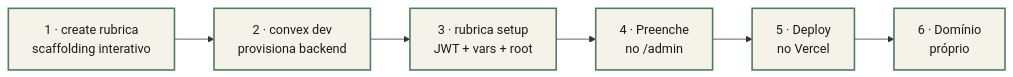
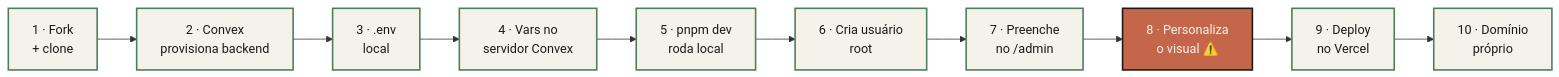
Before and after one commit to MierzwaMatheus/portfolio-new: the second of 3 diagrams in README.md, drawn with Mermaid. The commit also changed other lines of this file and 222 other files, not shown here.

````diff
--- a/README.md
+++ b/README.md
@@ -117,11 +117,17 @@
 ```mermaid
 flowchart LR
-    A["1 · create rubrica<br/>scaffolding interativo"] --> B["2 · convex dev<br/>provisiona backend"]
-    B --> C["3 · rubrica setup<br/>JWT + vars + root"]
-    C --> D["4 · Preenche<br/>no /admin"]
-    D --> E["5 · Deploy<br/>no Vercel"]
-    E --> F["6 · Domínio<br/>próprio"]
+    A["1 · Fork<br/>+ clone"] --> B["2 · Convex<br/>provisiona backend"]
+    B --> C["3 · .env<br/>local"]
+    C --> D["4 · Vars no<br/>servidor Convex"]
+    D --> E["5 · pnpm dev<br/>roda local"]
+    E --> F["6 · Cria usuário<br/>root"]
+    F --> G["7 · Preenche<br/>no /admin"]
+    G --> H["8 · Personaliza<br/>o visual ⚠️"]
+    H --> I["9 · Deploy<br/>no Vercel"]
+    I --> J["10 · Domínio<br/>próprio"]
 
     classDef step fill:#F5F2EA,stroke:#4D7C5F,stroke-width:2px,color:#1A1A18
-    class A,B,C,D,E,F step
+    classDef highlight fill:#C4664A,stroke:#1A1A18,stroke-width:2px,color:#F5F2EA
+    class A,B,C,D,E,F,G,I,J step
+    class H highlight
 ```
````
